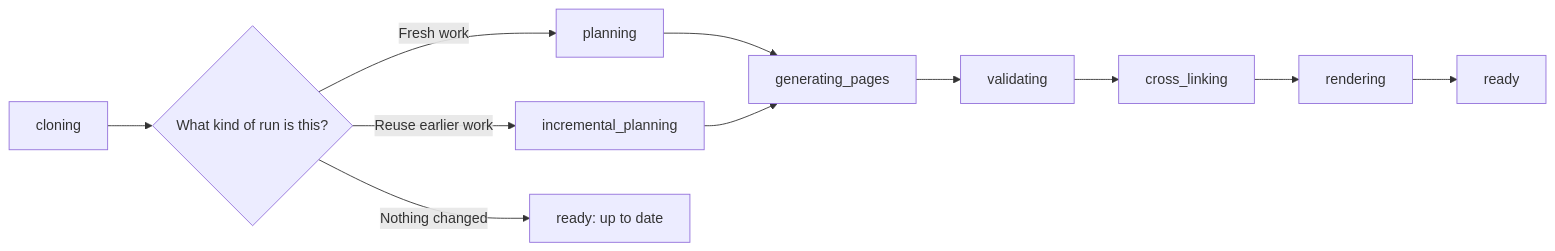
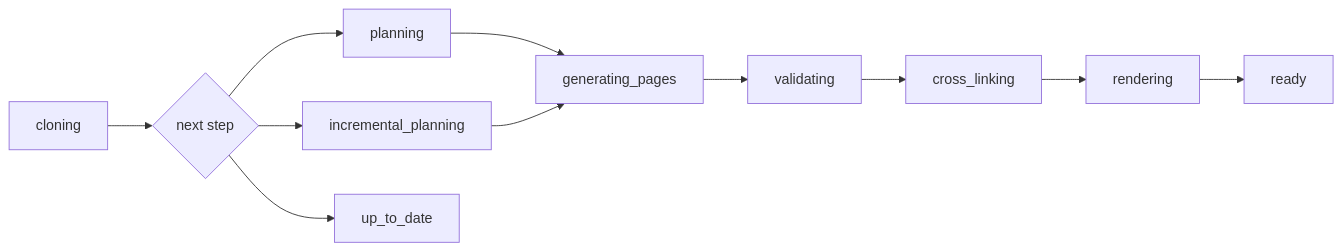
The diagram in docs/track-generation-progress.md (myk-org/docsfy), drawn with Mermaid before and after one commit. The commit also changed other lines of this file and 42 other files, not shown here.

````diff
--- a/docs/track-generation-progress.md
+++ b/docs/track-generation-progress.md
@@ -46,13 +38,13 @@
 ```mermaid
 flowchart LR
-  A[cloning] --> B{What kind of run is this?}
-  B -->|Fresh work| C[planning]
-  B -->|Reuse earlier work| D[incremental_planning]
-  B -->|Nothing changed| J[ready: up to date]
-  C --> E[generating_pages]
-  D --> E
-  E --> F[validating]
-  F --> G[cross_linking]
-  G --> H[rendering]
-  H --> I[ready]
+  A[cloning] --> B{next step}
+  B --> C[planning]
+  B --> D[incremental_planning]
+  B --> E[up_to_date]
+  C --> F[generating_pages]
+  D --> F
+  F --> G[validating]
+  G --> H[cross_linking]
+  H --> I[rendering]
+  I --> J[ready]
 ```
````
